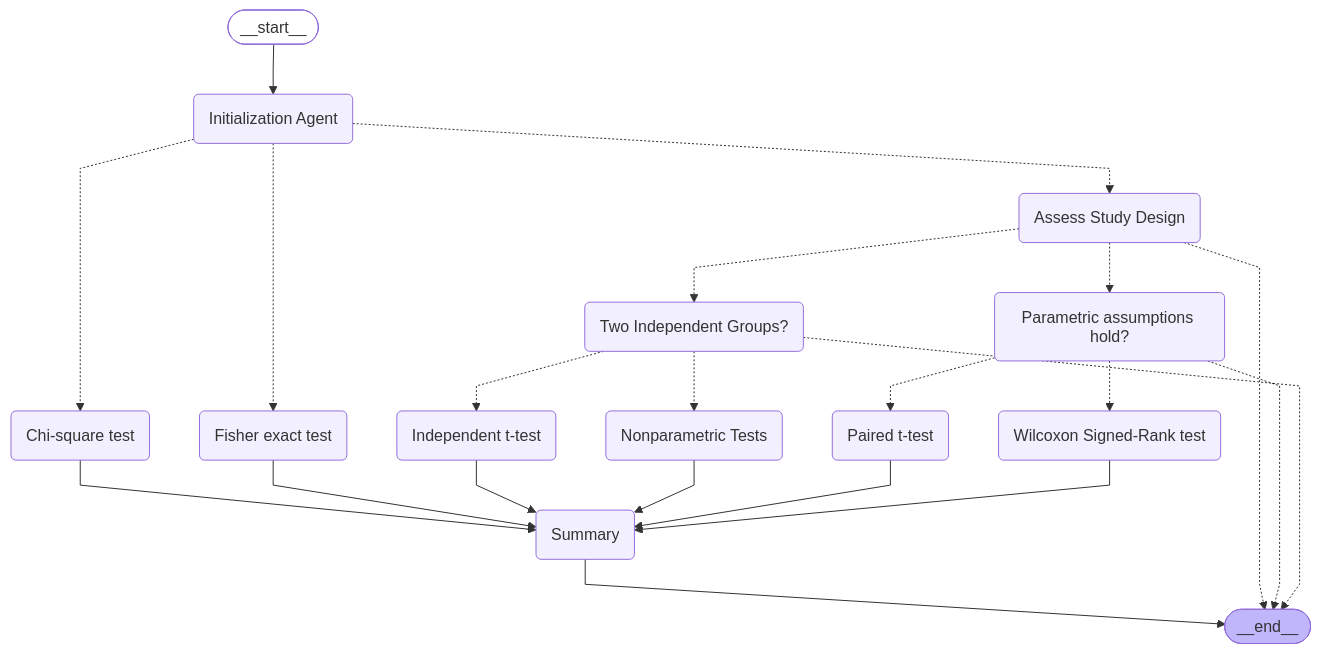
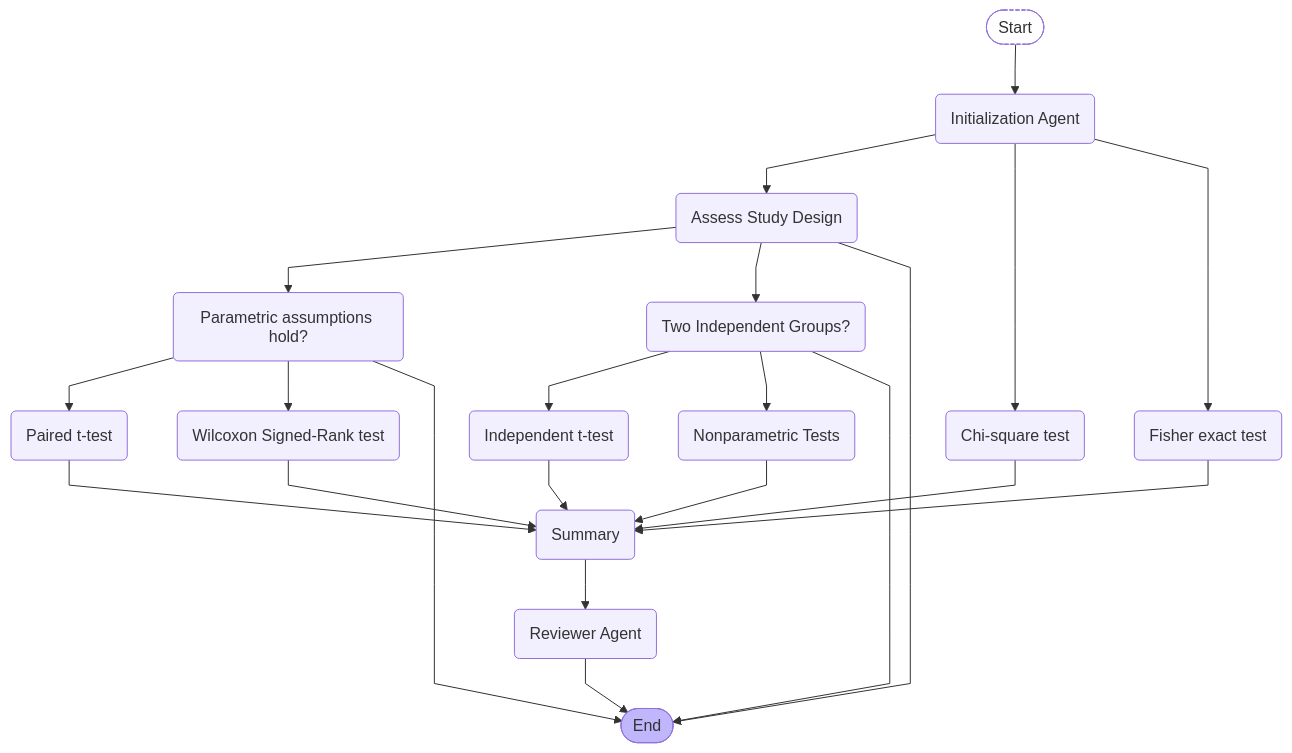
The diagram in workflow_graph.md (AdamKrysztopa/statmate-ai), drawn with Mermaid before and after one commit. The commit also changed other lines of this file and 30 other files, not shown here.

````diff
--- a/workflow_graph.md
+++ b/workflow_graph.md
@@ -1,45 +1,37 @@
 ```mermaid
 ---
 config:
   flowchart:
     curve: linear
 ---
 graph TD;
-	__start__([<p>__start__</p>]):::first
-	Initialization_Agent(Initialization Agent)
-	Assess_Study_Design(Assess Study Design)
-	Two_Independent_Groups_(Two Independent Groups?)
-	Paired_t-test(Paired t-test)
-	Wilcoxon_Signed-Rank_test(Wilcoxon Signed-Rank test)
-	Independent_t-test(Independent t-test)
-	Fisher_exact_test(Fisher exact test)
-	Chi-square_test(Chi-square test)
-	Parametric_assumptions_hold_(Parametric assumptions hold?)
-	Nonparametric_Tests(Nonparametric Tests)
-	Summary(Summary)
-	__end__([<p>__end__</p>]):::last
-	Chi-square_test --> Summary;
-	Fisher_exact_test --> Summary;
-	Independent_t-test --> Summary;
-	Nonparametric_Tests --> Summary;
-	Paired_t-test --> Summary;
-	Summary --> __end__;
-	Wilcoxon_Signed-Rank_test --> Summary;
-	__start__ --> Initialization_Agent;
-	Initialization_Agent -.-> Assess_Study_Design;
-	Initialization_Agent -.-> Chi-square_test;
-	Initialization_Agent -.-> Fisher_exact_test;
-	Assess_Study_Design -.-> Parametric_assumptions_hold_;
-	Assess_Study_Design -.-> Two_Independent_Groups_;
-	Assess_Study_Design -.-> __end__;
-	Parametric_assumptions_hold_ -.-> Paired_t-test;
-	Parametric_assumptions_hold_ -.-> Wilcoxon_Signed-Rank_test;
-	Parametric_assumptions_hold_ -.-> __end__;
-	Two_Independent_Groups_ -.-> Independent_t-test;
-	Two_Independent_Groups_ -.-> Nonparametric_Tests;
-	Two_Independent_Groups_ -.-> __end__;
-	classDef default fill:#f2f0ff,line-height:1.2
-	classDef first fill-opacity:0
-	classDef last fill:#bfb6fc
+    start([Start]):::first --> initialization_agent(Initialization Agent)
+    initialization_agent --> assess_study_design(Assess Study Design)
+    initialization_agent --> chi_square_test(Chi-square test)
+    initialization_agent --> fisher_exact_test(Fisher exact test)
 
+    assess_study_design --> parametric_assumptions_hold(Parametric assumptions hold?)
+    assess_study_design --> two_independent_groups(Two Independent Groups?)
+    assess_study_design --> end_node
+
+    parametric_assumptions_hold --> paired_t_test(Paired t-test)
+    parametric_assumptions_hold --> wilcoxon_signed_rank_test(Wilcoxon Signed-Rank test)
+    parametric_assumptions_hold --> end_node
+
+    two_independent_groups --> independent_t_test(Independent t-test)
+    two_independent_groups --> nonparametric_tests(Nonparametric Tests)
+    two_independent_groups --> end_node
+
+    chi_square_test --> summary(Summary)
+    fisher_exact_test --> summary
+    paired_t_test --> summary
+    wilcoxon_signed_rank_test --> summary
+    independent_t_test --> summary
+    nonparametric_tests --> summary
+    summary --> reviewer_agent(Reviewer Agent)
+    reviewer_agent --> end_node([End]):::last
+
+    classDef default fill:#f2f0ff,line-height:1.2
+    classDef first fill-opacity:0,stroke-dasharray:4 2
+    classDef last fill:#bfb6fc
 ```
````
